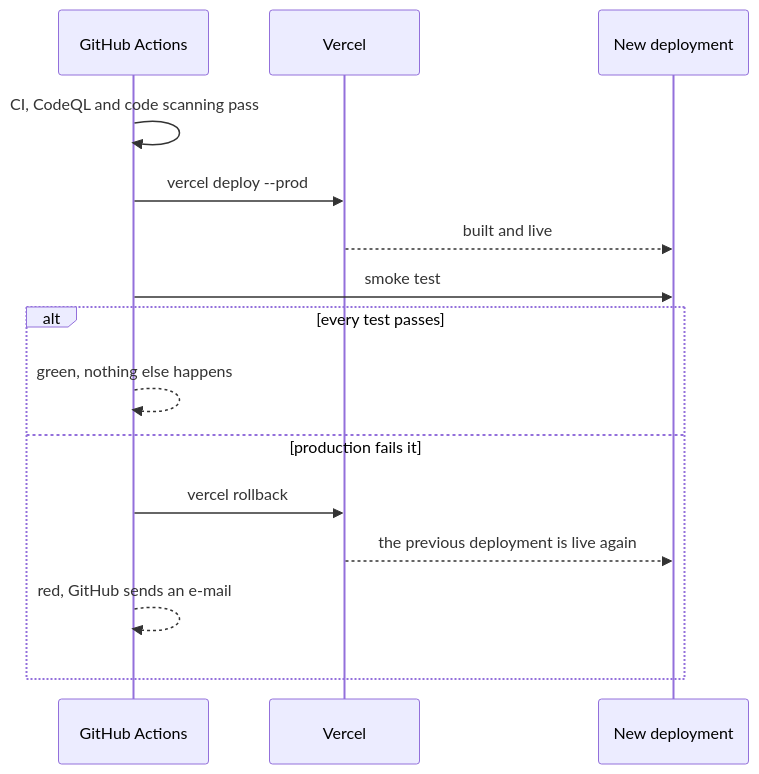
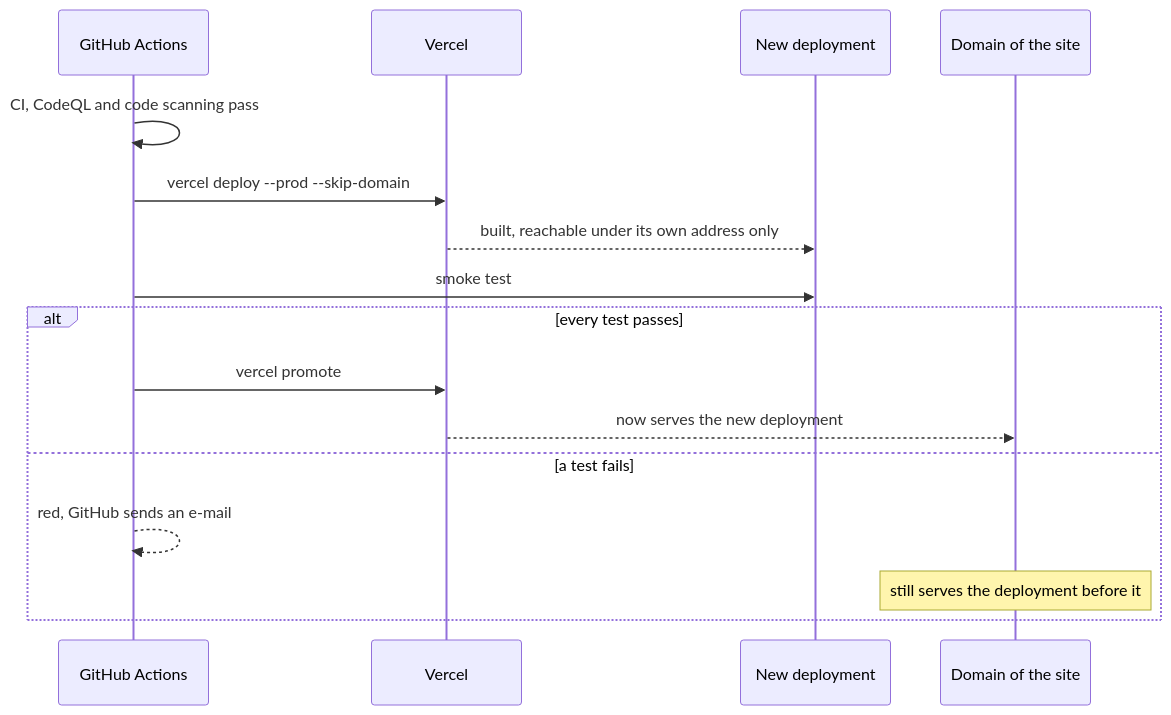
One commit to tomdevtech/ExoFinder changed the sixth of 12 diagrams in docs/DEPLOYMENT.md. Above: the diagram before and after it, drawn with Mermaid. The commit also changed other lines of this file and 6 other files, not shown here.

First line of the commit message:
Put a production deployment live only after its smoke test has passed

````diff
--- a/docs/DEPLOYMENT.md
+++ b/docs/DEPLOYMENT.md
@@ -208,17 +186,18 @@
 ```mermaid
 sequenceDiagram
     participant GH as GitHub Actions
     participant V as Vercel
     participant New as New deployment
+    participant Site as Domain of the site
     GH->>GH: CI, CodeQL and code scanning pass
-    GH->>V: vercel deploy --prod
-    V-->>New: built and live
+    GH->>V: vercel deploy --prod --skip-domain
+    V-->>New: built, reachable under its own address only
     GH->>New: smoke test
     alt every test passes
-        GH-->>GH: green, nothing else happens
-    else production fails it
-        GH->>V: vercel rollback
-        V-->>New: the previous deployment is live again
+        GH->>V: vercel promote
+        V-->>Site: now serves the new deployment
+    else a test fails
         GH-->>GH: red, GitHub sends an e-mail
+        Note over Site: still serves the deployment before it
     end
 ```
````
